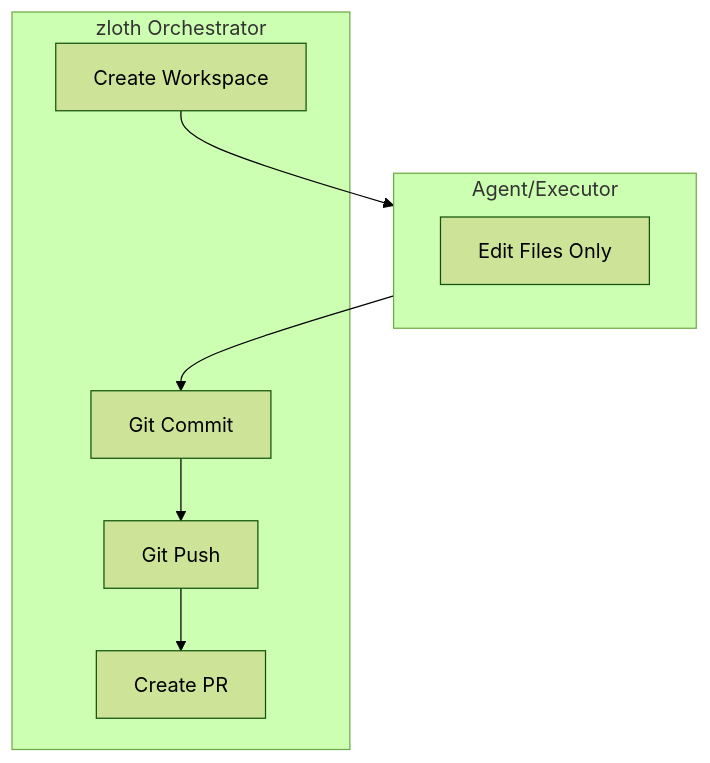
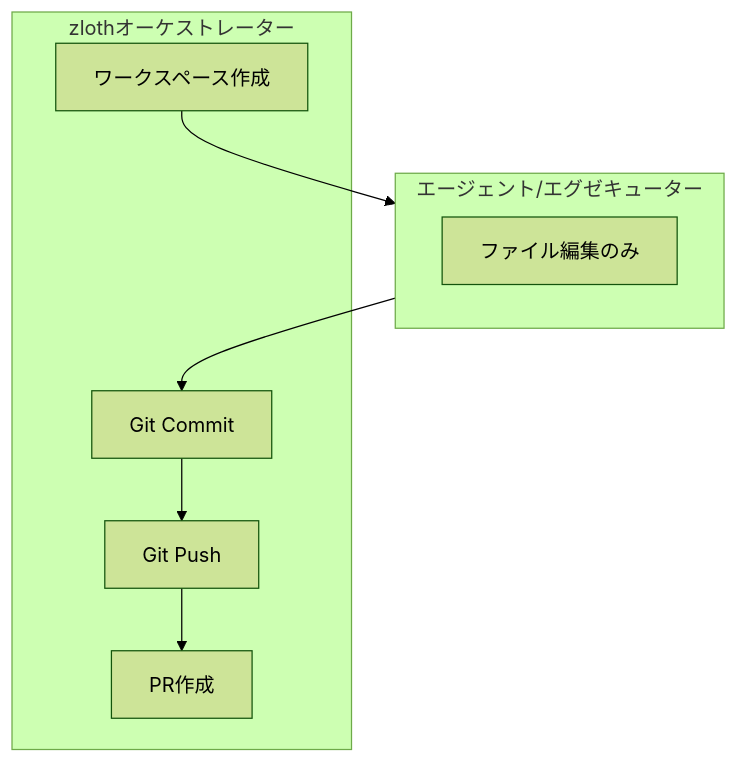
One commit to hampen2929/zloth changed diagram 14 of 15 in docs/architecture.md. Above: the diagram before and after it, drawn with Mermaid (forest theme). The commit also changed other lines of this file, not shown here.

First line of the commit message:
Translate architecture documentation to Japanese

````diff
--- a/docs/architecture.md
+++ b/docs/architecture.md
@@ -600,18 +600,18 @@
 ```mermaid
 flowchart TB
-    subgraph Agent["Agent/Executor"]
-        Edit[Edit Files Only]
+    subgraph Agent["エージェント/エグゼキューター"]
+        Edit[ファイル編集のみ]
     end
 
-    subgraph zloth["zloth Orchestrator"]
-        WS[Create Workspace]
+    subgraph zloth["zlothオーケストレーター"]
+        WS[ワークスペース作成]
         Commit[Git Commit]
         Push[Git Push]
-        PR[Create PR]
+        PR[PR作成]
     end
 
     WS --> Agent
     Agent --> Commit
     Commit --> Push
     Push --> PR
 ```
````
